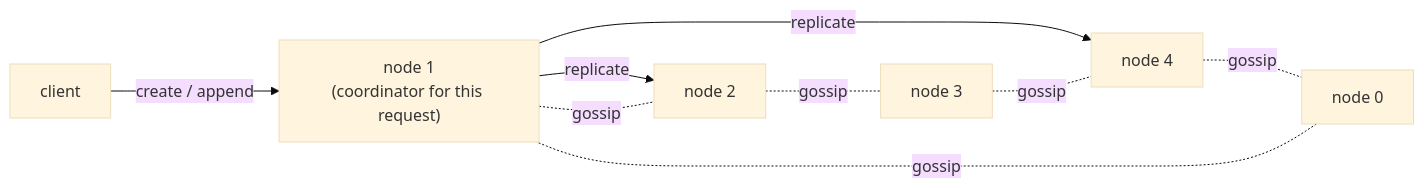
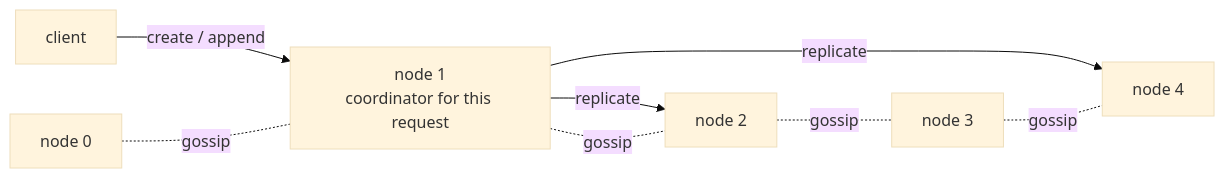
One commit to sushildalavi/aegisfs changed the diagram in README.md. Above: the diagram before and after it, drawn with Mermaid (base theme). The commit also changed other lines of this file and 12 other files, not shown here.

````diff
--- a/README.md
+++ b/README.md
@@ -23,11 +14,10 @@
 ```mermaid
 flowchart LR
-    C["client"] -- "create / append" --> N1["node 1<br/>(coordinator for this request)"]
-    N1 -- "replicate" --> N2["node 2"]
-    N1 -- "replicate" --> N4["node 4"]
+    C["client"] -- "create / append" --> N1["node 1<br/>coordinator for this request"]
+    N1 -- replicate --> N2["node 2"]
+    N1 -- replicate --> N4["node 4"]
     N0["node 0"] -. gossip .- N1
     N1 -. gossip .- N2
     N2 -. gossip .- N3["node 3"]
     N3 -. gossip .- N4
-    N4 -. gossip .- N0
 ```
````
